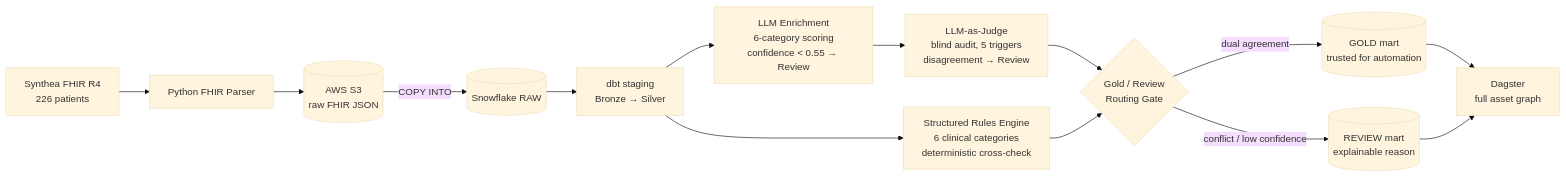
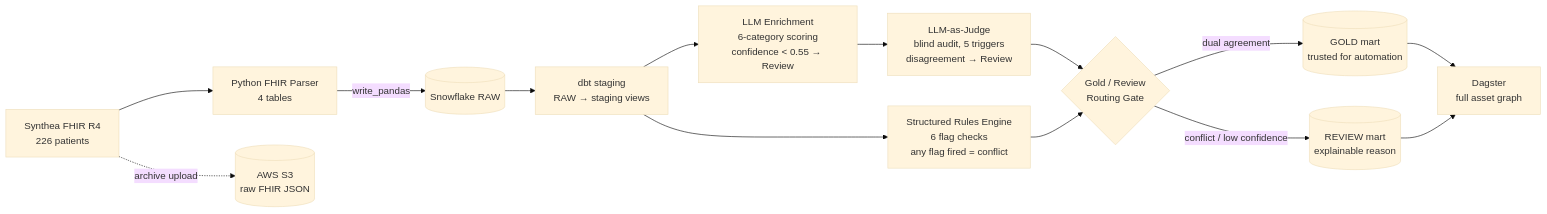
The diagram in README.md (ericg1212/ai-healthcare-pipeline), drawn with Mermaid (base theme) before and after one commit. The commit also changed other lines of this file, not shown here.

First line of the commit message:
docs: align README with the code (load path, rules engine, validator, tests) (#111)

````diff
--- a/README.md
+++ b/README.md
@@ -60,16 +60,16 @@
 ```mermaid
 flowchart LR
-    SYN["Synthea FHIR R4<br/>226 patients"] --> P["Python FHIR Parser"]
-    P --> S3[("AWS S3<br/>raw FHIR JSON")]
-    S3 -->|COPY INTO| RAW[("Snowflake RAW")]
-    RAW --> STG["dbt staging<br/>Bronze → Silver"]
+    SYN["Synthea FHIR R4<br/>226 patients"] --> P["Python FHIR Parser<br/>4 tables"]
+    SYN -.->|archive upload| S3[("AWS S3<br/>raw FHIR JSON")]
+    P -->|write_pandas| RAW[("Snowflake RAW")]
+    RAW --> STG["dbt staging<br/>RAW → staging views"]
     STG --> ENR["LLM Enrichment<br/>6-category scoring<br/>confidence < 0.55 → Review"]
     ENR --> J["LLM-as-Judge<br/>blind audit, 5 triggers<br/>disagreement → Review"]
-    STG --> RUL["Structured Rules Engine<br/>6 clinical categories<br/>deterministic cross-check"]
+    STG --> RUL["Structured Rules Engine<br/>6 flag checks<br/>any flag fired = conflict"]
     J --> RT{"Gold / Review<br/>Routing Gate"}
     RUL --> RT
     RT -->|dual agreement| GOLD[("GOLD mart<br/>trusted for automation")]
     RT -->|conflict / low confidence| REV[("REVIEW mart<br/>explainable reason")]
     GOLD --> DAG["Dagster<br/>full asset graph"]
     REV --> DAG
 ```
````
